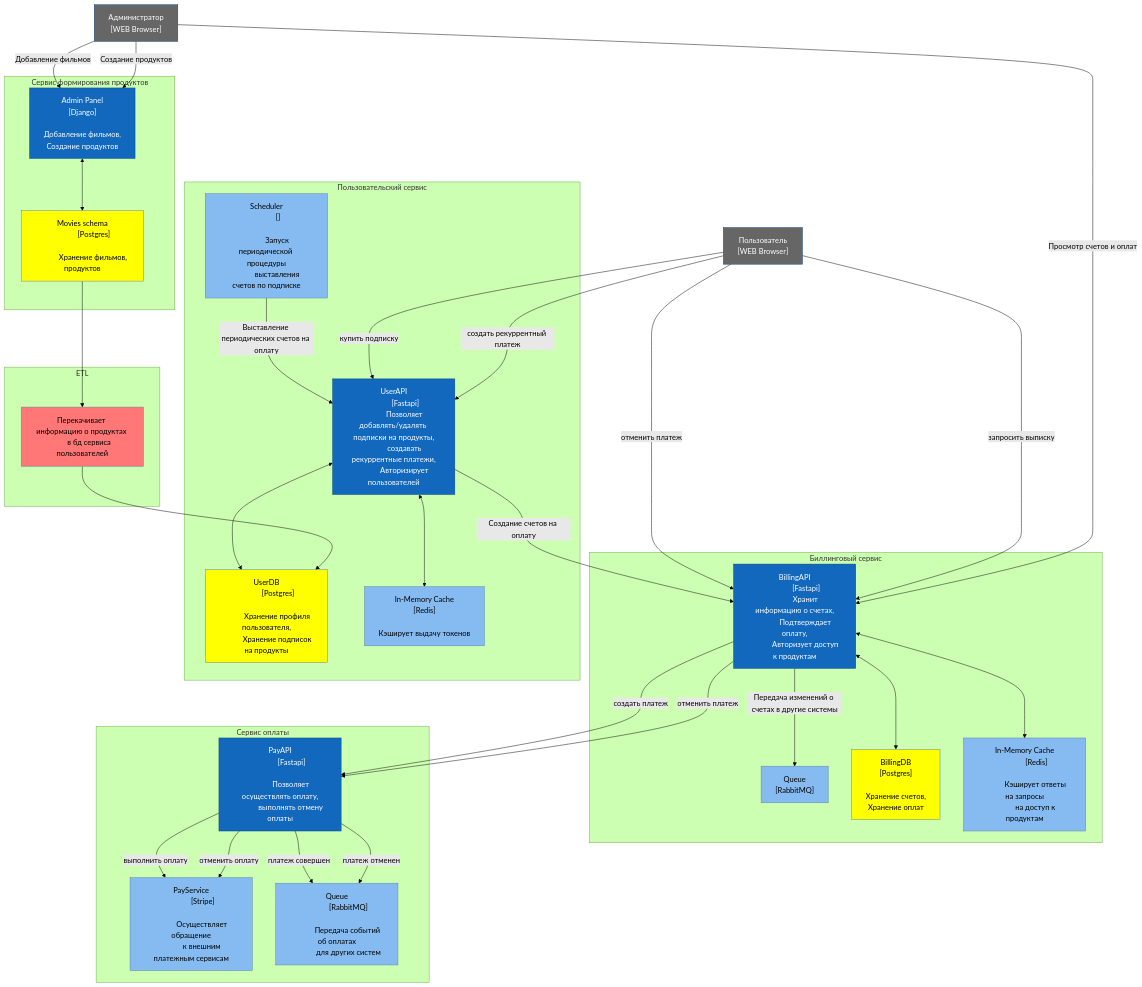
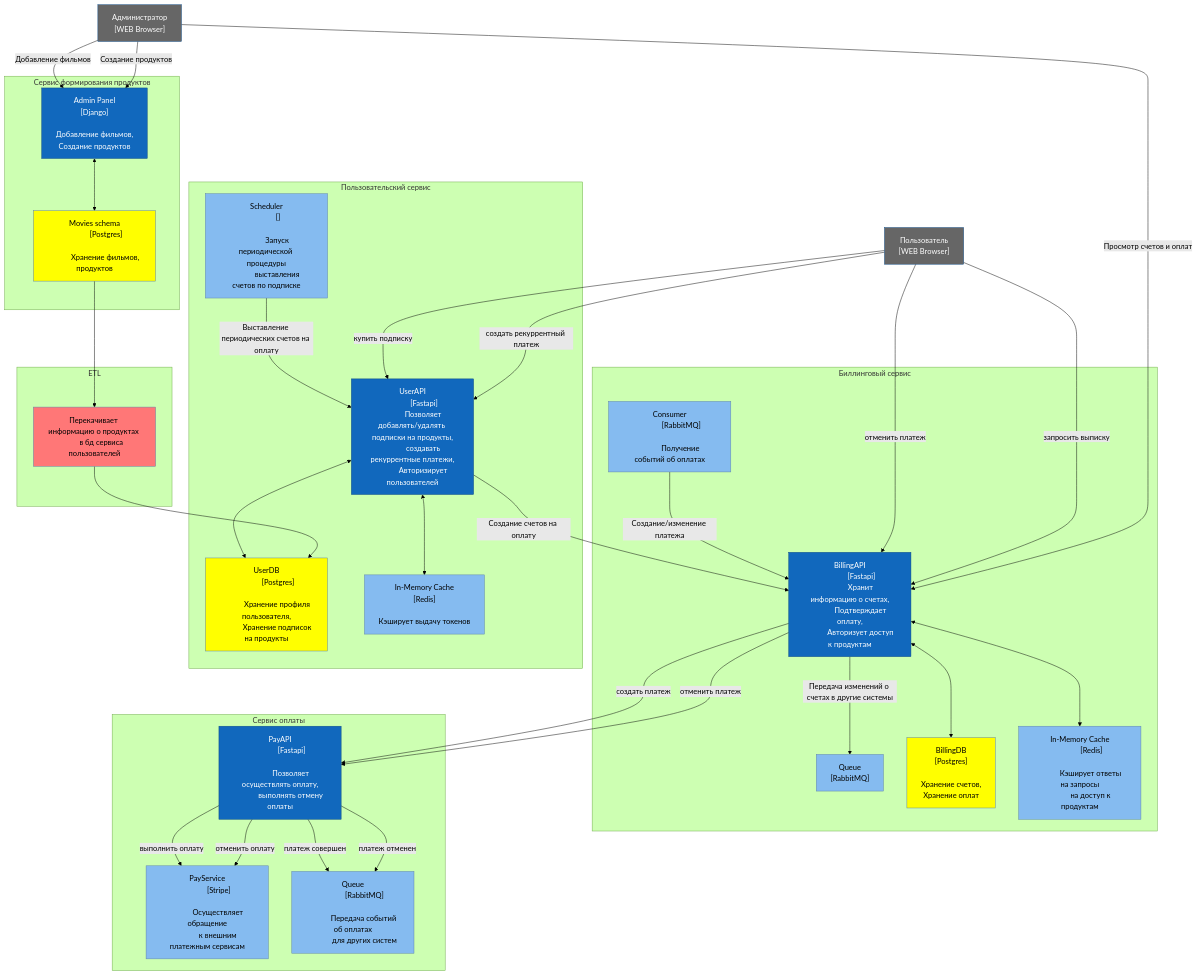
Before and after one commit to fall3nangel/Billing_Stripe: the diagram in architecture/components.md, drawn with Mermaid (forest theme).

Commit message:
add consumer to billing

```diff
--- a/architecture/components.md
+++ b/architecture/components.md
@@ -6,12 +6,9 @@
 %%}%%
 flowchart TB
     
-    Admin["Администратор
-    [WEB Browser]"] 
+    Admin["Администратор\n[WEB Browser]"] 
         
-    Client["Пользователь
-    [WEB Browser]"]
-        
+    Client["Пользователь\n[WEB Browser]"]
 
     subgraph "ETL"
     
@@ -62,11 +59,45 @@
             
             Кэширует ответы на запросы
             на доступ к продуктам"]
+            
+        BillingQueue["Consumer
+            [RabbitMQ]
+            
+            Получение событий об оплатах"]
         
         BillingAPI--"Передача изменений о счетах в другие системы"-->Queue2
         BillingAPI<-->BillingDB
         BillingAPI<-->BillingCache
+        BillingQueue--"Создание/изменение платежа"-->BillingAPI
+    
     end
+        
+    subgraph "Сервис оплаты"
+        PayAPI["PayAPI
+            [Fastapi]
+            
+            Позволяет осуществлять оплату,
+            выполнять отмену оплаты"]
+    
+        PayService["PayService
+            [Stripe]
+            
+            Осуществляет обращение
+            к внешним платежным сервисам"]
+        
+        Queue["Queue
+            [RabbitMQ]
+            
+            Передача событий об оплатах
+            для других систем"]
+            
+        PayAPI--"платеж совершен"-->Queue
+        PayAPI--"платеж отменен"-->Queue
+        PayAPI--"выполнить оплату"-->PayService
+        PayAPI--"отменить оплату"-->PayService
+        
+    end
+    
     
     subgraph "Пользовательский сервис"
         UserAPI["UserAPI
@@ -99,32 +130,7 @@
         UserAPI<-->Cache
 
     end
-    
-    subgraph "Сервис оплаты"
-        PayAPI["PayAPI
-            [Fastapi]
-            
-            Позволяет осуществлять оплату,
-            выполнять отмену оплаты"]
-    
-        PayService["PayService
-            [Stripe]
-            
-            Осуществляет обращение
-            к внешним платежным сервисам"]
-        
-        Queue["Queue
-            [RabbitMQ]
-            
-            Передача событий об оплатах
-            для других систем"]
-            
-        PayAPI--"платеж совершен"-->Queue
-        PayAPI--"платеж отменен"-->Queue
-        PayAPI--"выполнить оплату"-->PayService
-        PayAPI--"отменить оплату"-->PayService
-        
-    end
+
     
     
     Client--"купить подписку"-->UserAPI
@@ -142,7 +148,6 @@
     MovieDB-->Admin_panel_TO_UserService
     Admin_panel_TO_UserService-->UserDB
     
-    
     UserAPI--"Создание счетов на оплату"-->BillingAPI
     
     class AdminPanel api
@@ -158,11 +163,14 @@
     class Client client
     class Admin client
     
+    
     class Cache service
     class BillingCache service
     
     class Queue service
     class Queue2 service
+    class BillingQueue service
+    
     
     class MovieDB database
     class UserDB database
```
